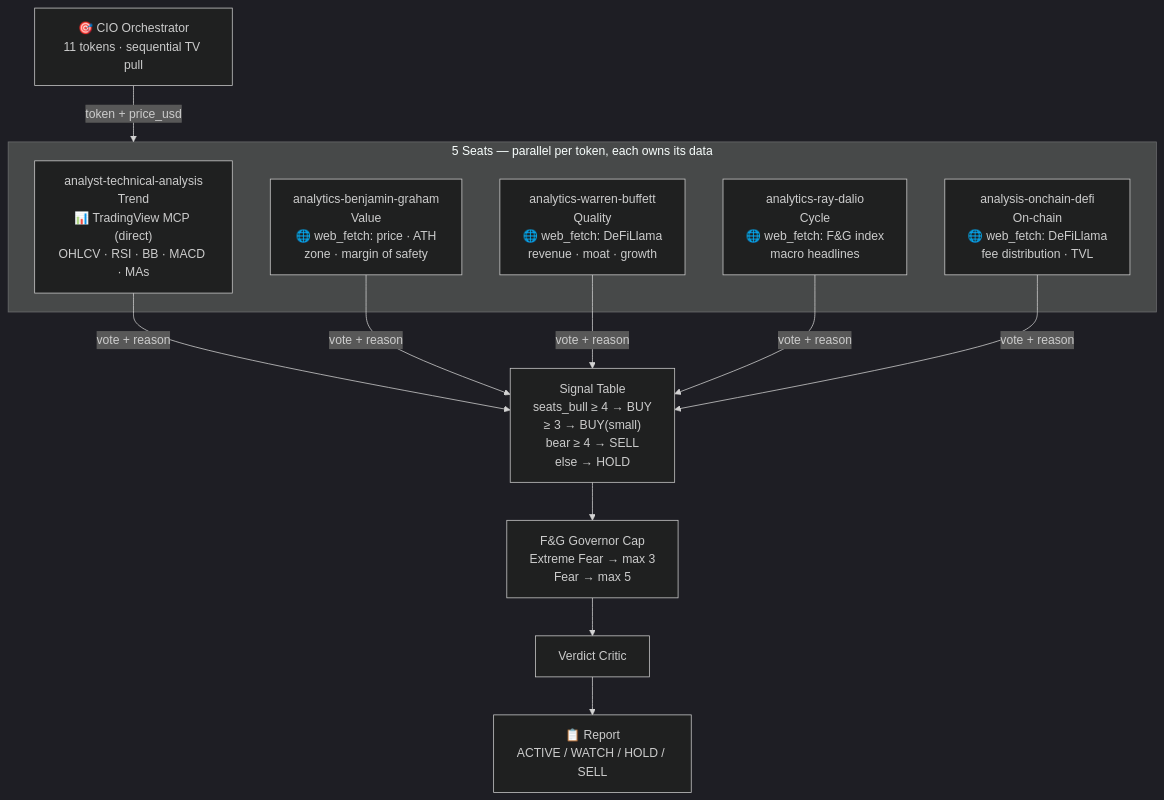
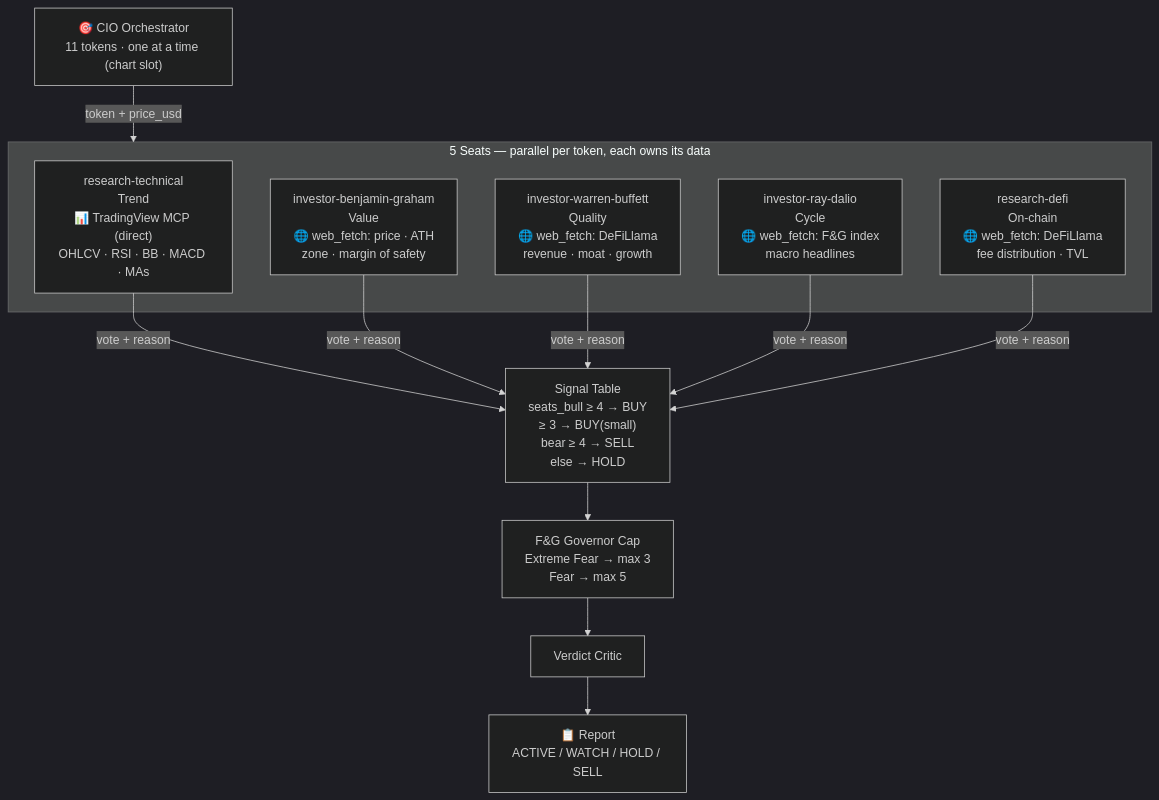
The diagram in .agents/skills/crypto-advisor/SKILL.md (dzianisv/backtest), drawn with Mermaid (dark theme) before and after one commit. The commit also changed other lines of this file and 185 other files, not shown here.

````diff
--- a/.agents/skills/crypto-advisor/SKILL.md
+++ b/.agents/skills/crypto-advisor/SKILL.md
@@ -24,26 +24,26 @@
 ```mermaid
 flowchart TD
-    CIO["🎯 CIO Orchestrator\n11 tokens · sequential TV pull"]
+    CIO["🎯 CIO Orchestrator\n11 tokens · one at a time (chart slot)"]
 
     CIO -->|"token + price_usd"| SEATS
 
     subgraph SEATS["5 Seats — parallel per token, each owns its data"]
-        TREND["analyst-technical-analysis\nTrend\n📊 TradingView MCP (direct)\nOHLCV · RSI · BB · MACD · MAs"]
-        VALUE["analytics-benjamin-graham\nValue\n🌐 web_fetch: price · ATH\nzone · margin of safety"]
-        QUALITY["analytics-warren-buffett\nQuality\n🌐 web_fetch: DeFiLlama\nrevenue · moat · growth"]
-        CYCLE["analytics-ray-dalio\nCycle\n🌐 web_fetch: F&G index\nmacro headlines"]
-        ONCHAIN["analysis-onchain-defi\nOn-chain\n🌐 web_fetch: DeFiLlama\nfee distribution · TVL"]
+        TREND["research-technical\nTrend\n📊 TradingView MCP (direct)\nOHLCV · RSI · BB · MACD · MAs"]
+        VALUE["investor-benjamin-graham\nValue\n🌐 web_fetch: price · ATH\nzone · margin of safety"]
+        QUALITY["investor-warren-buffett\nQuality\n🌐 web_fetch: DeFiLlama\nrevenue · moat · growth"]
+        CYCLE["investor-ray-dalio\nCycle\n🌐 web_fetch: F&G index\nmacro headlines"]
+        ONCHAIN["research-defi\nOn-chain\n🌐 web_fetch: DeFiLlama\nfee distribution · TVL"]
     end
 
     TREND -->|"vote + reason"| QUORUM
     VALUE -->|"vote + reason"| QUORUM
     QUALITY -->|"vote + reason"| QUORUM
     CYCLE -->|"vote + reason"| QUORUM
     ONCHAIN -->|"vote + reason"| QUORUM
 
     QUORUM["Signal Table\nseats_bull ≥ 4 → BUY\n≥ 3 → BUY(small)\nbear ≥ 4 → SELL\nelse → HOLD"]
 
     QUORUM --> GOV["F&G Governor Cap\nExtreme Fear → max 3\nFear → max 5"]
     GOV --> CRITIC["Verdict Critic"]
     CRITIC --> OUT["📋 Report\nACTIVE / WATCH / HOLD / SELL"]
 ```
````
